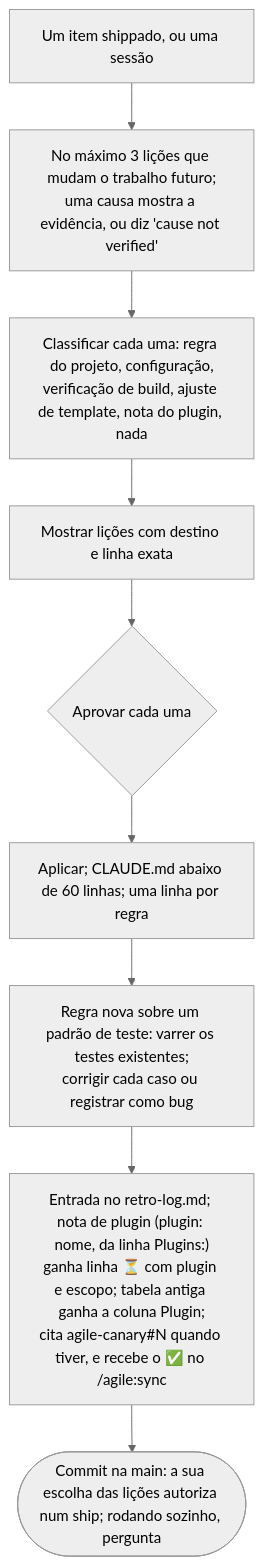
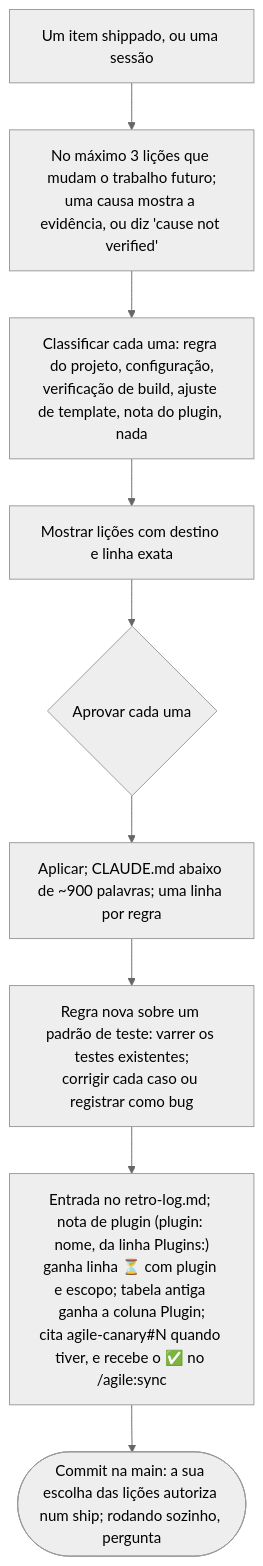
Before and after one commit to alexcanario/simulab: diagram 13 of 20 in docs/agile/workflow.pt-BR.md, drawn with Mermaid (neutral theme). The commit also changed other lines of this file and 5 other files, not shown here.

````diff
--- a/docs/agile/workflow.pt-BR.md
+++ b/docs/agile/workflow.pt-BR.md
@@ -2400,11 +2434,11 @@
 ```mermaid
 flowchart TD
     A["Um item shippado, ou uma sessão"] --> B["No máximo 3 lições que mudam o trabalho futuro;<br/>uma causa mostra a evidência, ou diz 'cause not verified'"]
     B --> C["Classificar cada uma: regra do projeto, configuração,<br/>verificação de build, ajuste de template, nota do plugin, nada"]
     C --> D["Mostrar lições com destino e linha exata"]
     D --> E{"Aprovar cada uma"}
-    E --> F["Aplicar; CLAUDE.md abaixo de 60 linhas; uma linha por regra"]
+    E --> F["Aplicar; CLAUDE.md abaixo de ~900 palavras; uma linha por regra"]
     F --> F2["Regra nova sobre um padrão de teste: varrer os testes existentes;<br/>corrigir cada caso ou registrar como bug"]
     F2 --> G["Entrada no retro-log.md; nota de plugin (plugin: nome, da linha Plugins:)<br/>ganha linha ⏳ com plugin e escopo; tabela antiga ganha a coluna Plugin;<br/>cita agile-canary#N quando tiver, e recebe o ✅ no /agile:sync"]
     G --> H(["Commit na main: a sua escolha das lições autoriza num ship; rodando sozinho, pergunta"])
 ```
````
